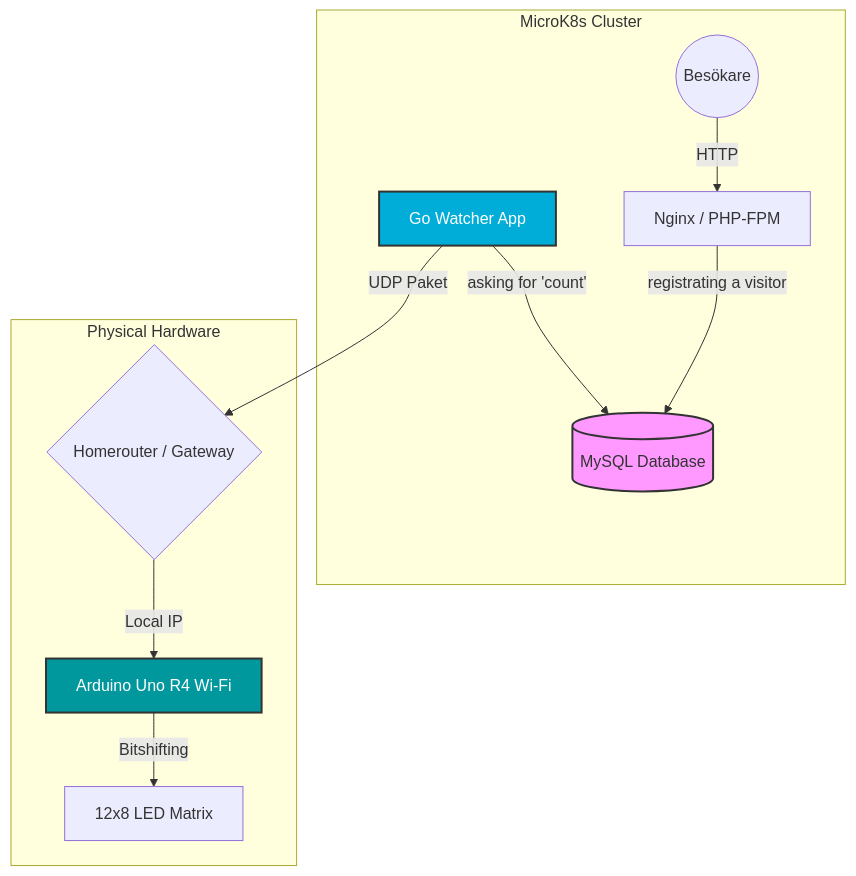
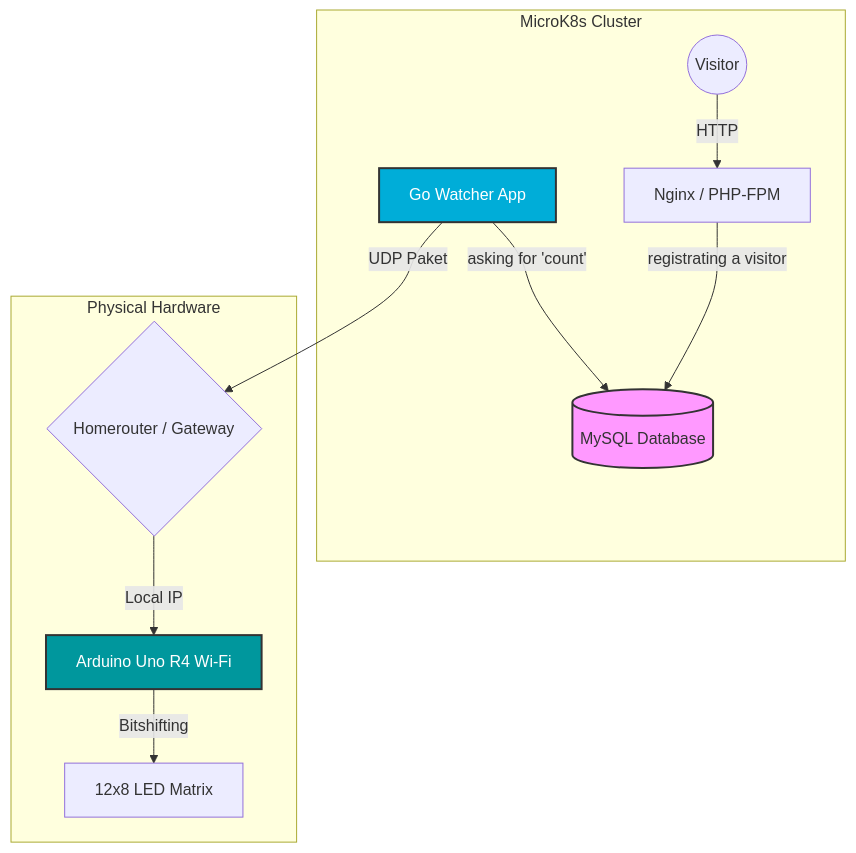
Before and after one commit to SkalmanGPK/arduino-go-networking-project: the diagram in README.md, drawn with Mermaid.

````diff
--- a/README.md
+++ b/README.md
@@ -4,21 +4,21 @@
 ```mermaid
 flowchart TD
     subgraph Kubernetes_Cluster [MicroK8s Cluster]
-        User((Besökare)) -->|HTTP| Nginx[Nginx / PHP-FPM]
+        User((Visitor)) -->|HTTP| Nginx[Nginx / PHP-FPM]
         Nginx -->|registrating a visitor| DB[(MySQL Database)]
         
         Watcher[Go Watcher App] -->|asking for 'count'| DB
     end
 
     Watcher -->|UDP Paket| Router{Homerouter / Gateway}
     
     subgraph Hardware [Physical Hardware]
         Router -->|Local IP| Arduino[Arduino Uno R4 Wi-Fi]
         Arduino -->|Bitshifting| Matrix[12x8 LED Matrix]
     end
 
     %% Styling
     style Watcher fill:#00ADD8,stroke:#333,stroke-width:2px,color:#fff
     style Arduino fill:#00979D,stroke:#333,stroke-width:2px,color:#fff
     style DB fill:#f9f,stroke:#333,stroke-width:2px
 ```
````
